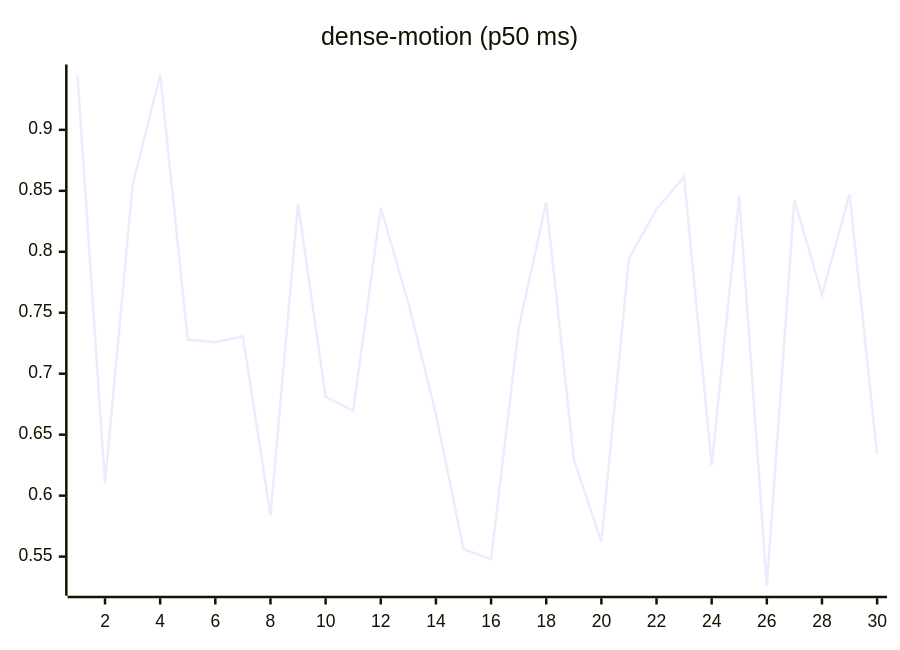
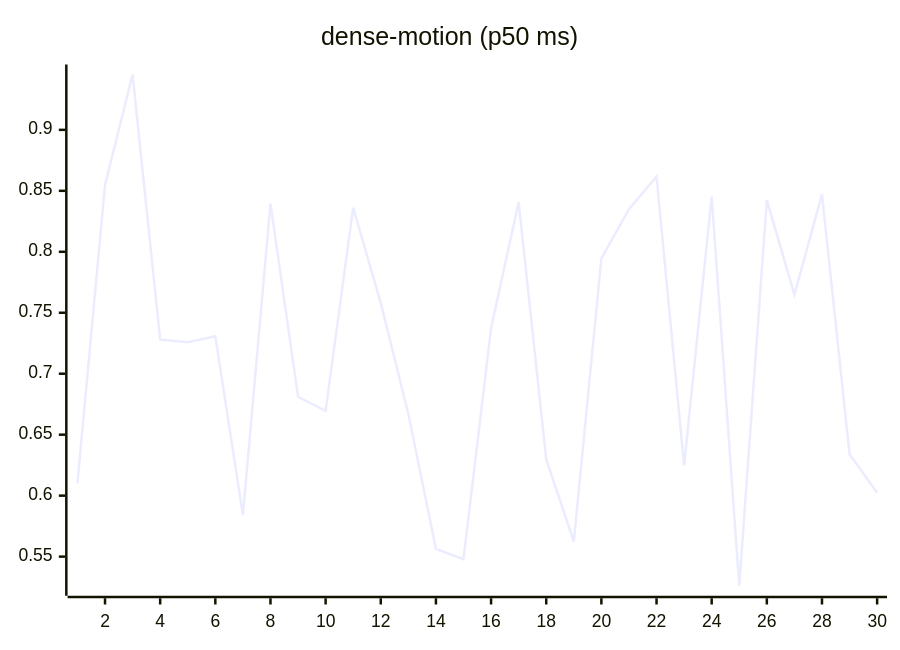
One commit to josha/Facet changed the ninth of 27 diagrams in README.md. Above: the diagram before and after it, drawn with Mermaid. The commit also changed other lines of this file and 2 other files, not shown here.

````diff
--- a/README.md
+++ b/README.md
@@ -119,6 +119,6 @@
 ```mermaid
 xychart-beta
     title "dense-motion (p50 ms)"
     x-axis 1 --> 30
-    line [0.9448, 0.6101, 0.8549, 0.9454, 0.7280, 0.7259, 0.7307, 0.5841, 0.8396, 0.6811, 0.6696, 0.8361, 0.7579, 0.6670, 0.5564, 0.5479, 0.7374, 0.8407, 0.6299, 0.5623, 0.7946, 0.8350, 0.8616, 0.6249, 0.8453, 0.5261, 0.8424, 0.7649, 0.8471, 0.6340]
+    line [0.6101, 0.8549, 0.9454, 0.7280, 0.7259, 0.7307, 0.5841, 0.8396, 0.6811, 0.6696, 0.8361, 0.7579, 0.6670, 0.5564, 0.5479, 0.7374, 0.8407, 0.6299, 0.5623, 0.7946, 0.8350, 0.8616, 0.6249, 0.8453, 0.5261, 0.8424, 0.7649, 0.8471, 0.6340, 0.6023]
 ```
````
